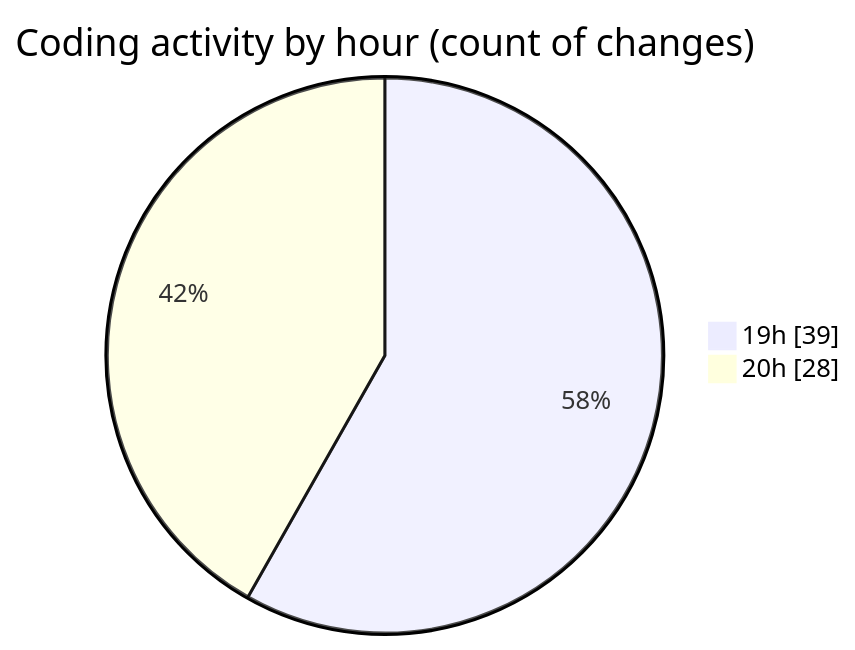
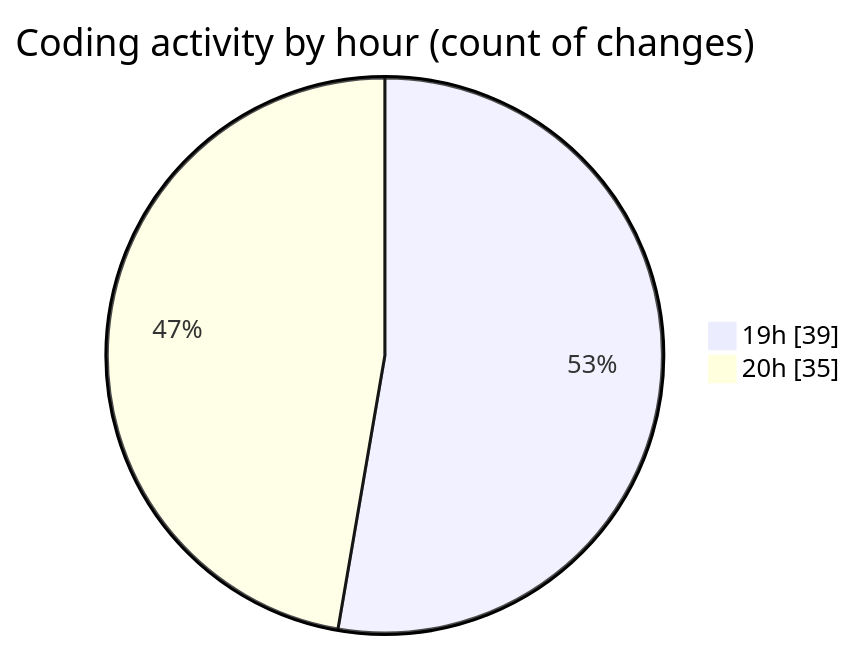
The second of 2 diagrams in 2026-06-16/cda/README.md (momahboobian/code-tracking), drawn with Mermaid before and after one commit. The commit also changed other lines of this file and 1 other file, not shown here.

````diff
--- a/2026-06-16/cda/README.md
+++ b/2026-06-16/cda/README.md
@@ -55,6 +55,6 @@
 ```mermaid
 pie showData
 title Coding activity by hour (count of changes)
 "19h" : 39
-"20h" : 28
+"20h" : 35
 ```
````
